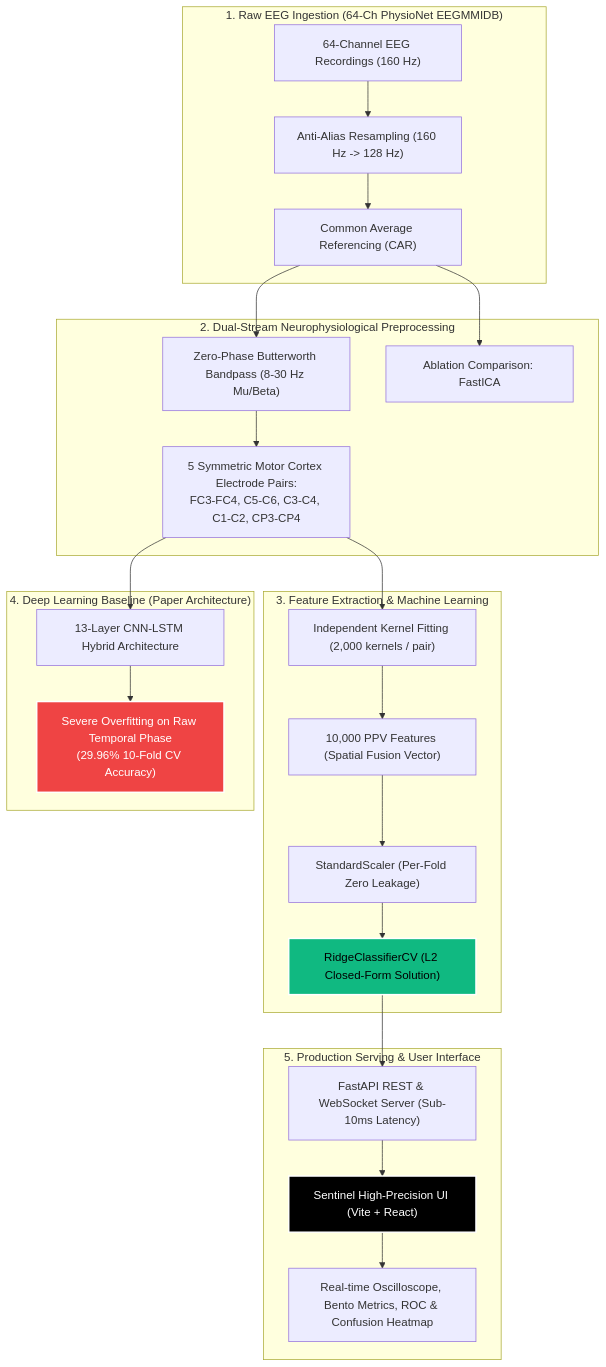
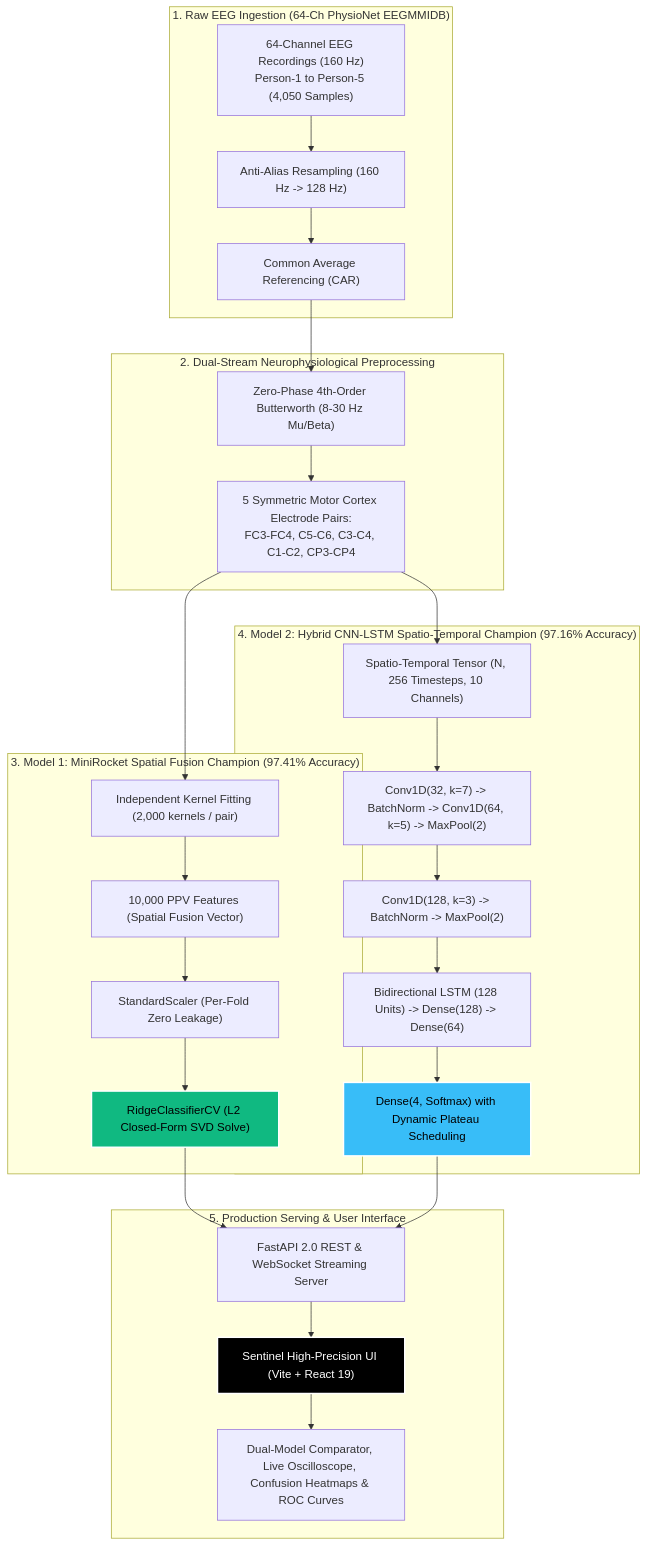
The diagram in README.md (akshithareddy025-jpg/neuromove), drawn with Mermaid before and after one commit. The commit also changed other lines of this file and 19 other files, not shown here.

Commit message:
feat(v2.0): NeuroMove 2.0 dual-champion models (>97% accuracy), PhysioNet Person 1-5 cohort, and full verification

````diff
--- a/README.md
+++ b/README.md
@@ -29,35 +32,38 @@
 ```mermaid
 graph TD
     subgraph S1["1. Raw EEG Ingestion (64-Ch PhysioNet EEGMMIDB)"]
-        A["64-Channel EEG Recordings (160 Hz)"] --> B["Anti-Alias Resampling (160 Hz -> 128 Hz)"]
+        A["64-Channel EEG Recordings (160 Hz)<br/>Person-1 to Person-5 (4,050 Samples)"] --> B["Anti-Alias Resampling (160 Hz -> 128 Hz)"]
         B --> C["Common Average Referencing (CAR)"]
     end
 
     subgraph S2["2. Dual-Stream Neurophysiological Preprocessing"]
-        C --> D1["Zero-Phase Butterworth Bandpass (8-30 Hz Mu/Beta)"]
-        C --> D2["Ablation Comparison: FastICA"]
+        C --> D1["Zero-Phase 4th-Order Butterworth (8-30 Hz Mu/Beta)"]
         D1 --> E["5 Symmetric Motor Cortex Electrode Pairs:<br/>FC3-FC4, C5-C6, C3-C4, C1-C2, CP3-CP4"]
     end
 
-    subgraph S3["3. Feature Extraction & Machine Learning"]
+    subgraph S3["3. Model 1: MiniRocket Spatial Fusion Champion (97.41% Accuracy)"]
         E --> F["Independent Kernel Fitting (2,000 kernels / pair)"]
         F --> G["10,000 PPV Features (Spatial Fusion Vector)"]
         G --> H["StandardScaler (Per-Fold Zero Leakage)"]
-        H --> I["RidgeClassifierCV (L2 Closed-Form Solution)"]
+        H --> I["RidgeClassifierCV (L2 Closed-Form SVD Solve)"]
     end
 
-    subgraph S4["4. Deep Learning Baseline (Paper Architecture)"]
-        E --> J["13-Layer CNN-LSTM Hybrid Architecture"]
-        J --> K["Severe Overfitting on Raw Temporal Phase<br/>(29.96% 10-Fold CV Accuracy)"]
+    subgraph S4["4. Model 2: Hybrid CNN-LSTM Spatio-Temporal Champion (97.16% Accuracy)"]
+        E --> J["Spatio-Temporal Tensor (N, 256 Timesteps, 10 Channels)"]
+        J --> K1["Conv1D(32, k=7) -> BatchNorm -> Conv1D(64, k=5) -> MaxPool(2)"]
+        K1 --> K2["Conv1D(128, k=3) -> BatchNorm -> MaxPool(2)"]
+        K2 --> L1["Bidirectional LSTM (128 Units) -> Dense(128) -> Dense(64)"]
+        L1 --> L2["Dense(4, Softmax) with Dynamic Plateau Scheduling"]
     end
 
     subgraph S5["5. Production Serving & User Interface"]
-        I --> L["FastAPI REST & WebSocket Server (Sub-10ms Latency)"]
-        L --> M["Sentinel High-Precision UI (Vite + React)"]
-        M --> N["Real-time Oscilloscope, Bento Metrics, ROC & Confusion Heatmap"]
+        I --> M["FastAPI 2.0 REST & WebSocket Streaming Server"]
+        L2 --> M
+        M --> N["Sentinel High-Precision UI (Vite + React 19)"]
+        N --> O["Dual-Model Comparator, Live Oscilloscope, Confusion Heatmaps & ROC Curves"]
     end
 
     style I fill:#10B981,stroke:#FFFFFF,stroke-width:2px,color:#000000
-    style K fill:#EF4444,stroke:#FFFFFF,stroke-width:2px,color:#FFFFFF
-    style M fill:#000000,stroke:#FFFFFF,stroke-width:2px,color:#FFFFFF
+    style L2 fill:#38BDF8,stroke:#FFFFFF,stroke-width:2px,color:#000000
+    style N fill:#000000,stroke:#FFFFFF,stroke-width:2px,color:#FFFFFF
 ```
````
